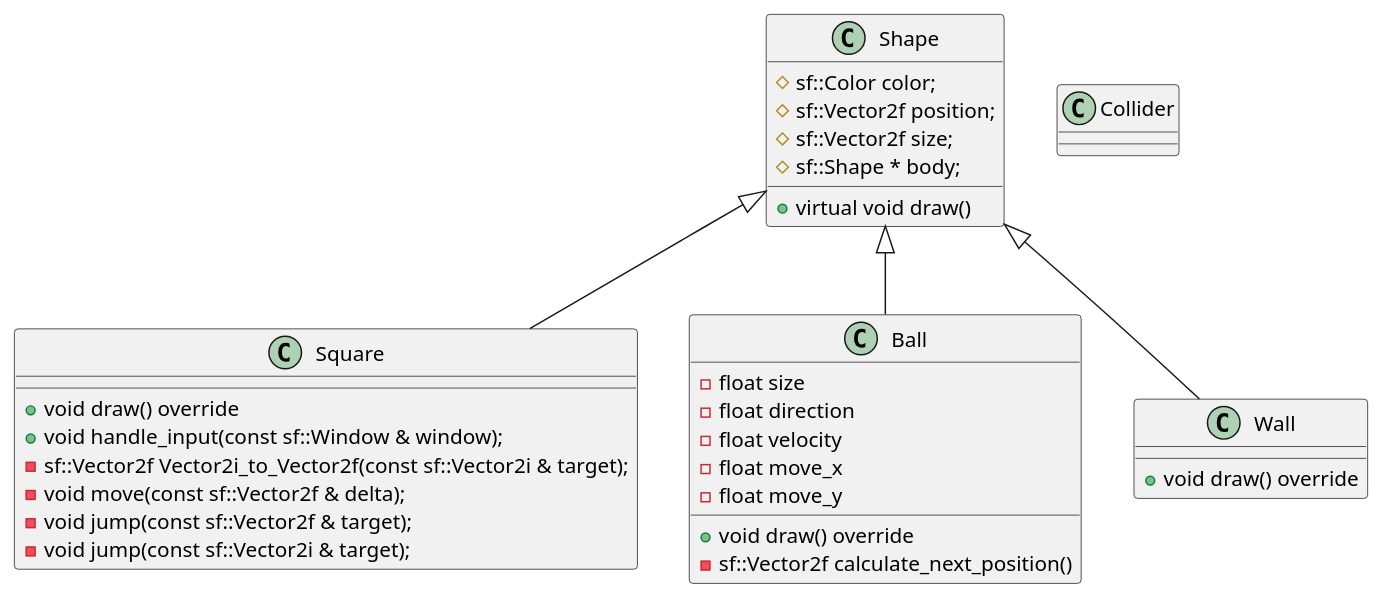
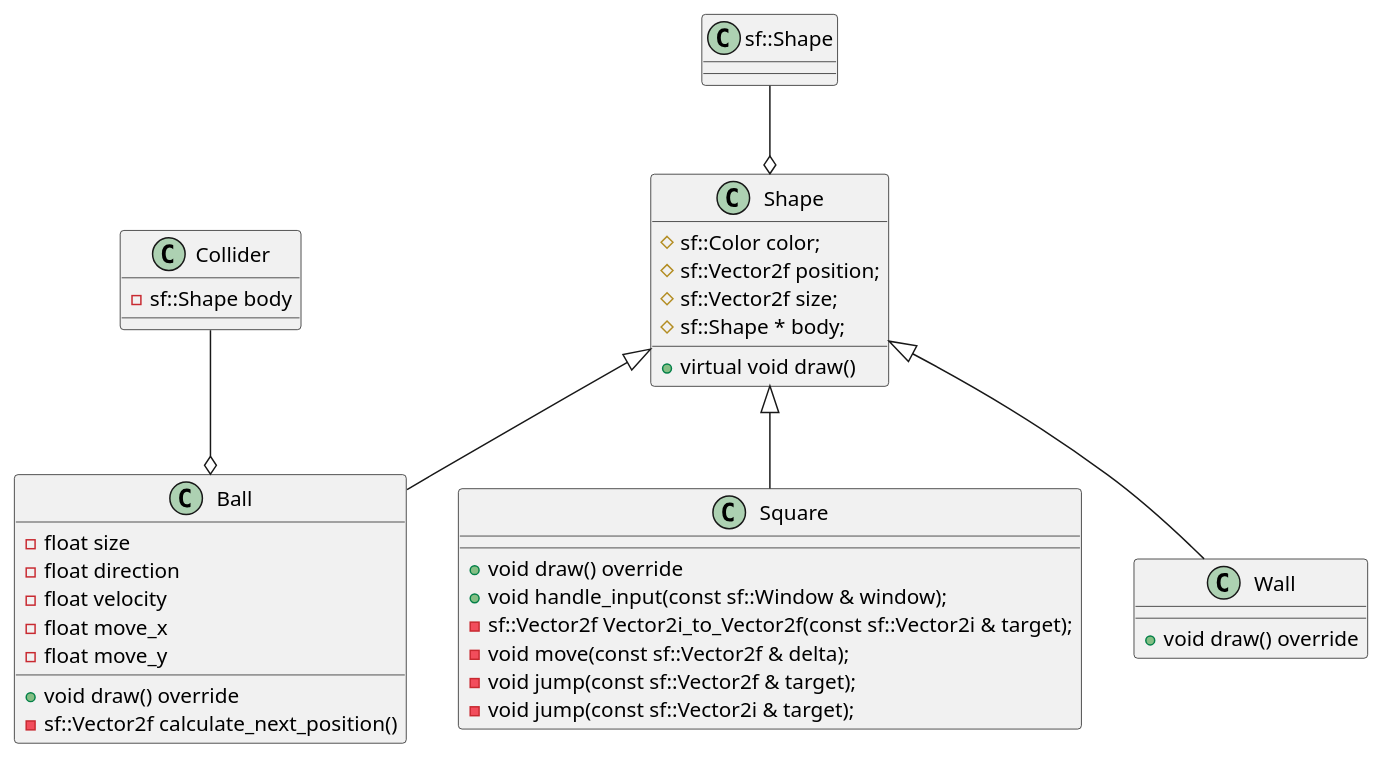
One commit to ramonvermeulen/cplusplus changed the diagram in week1/diagram.plantuml. Above: the diagram before and after it, drawn with PlantUML. The commit also changed 9 other files, not shown here.

```diff
--- a/week1/diagram.plantuml
+++ b/week1/diagram.plantuml
@@ -1,42 +1,47 @@
 @startuml walls_and_bouncing
 
 class Shape {
   # sf::Color color;
   # sf::Vector2f position;
   # sf::Vector2f size;
   # sf::Shape * body;
   + virtual void draw()
 }
 
 class Square {
   + void draw() override
   + void handle_input(const sf::Window & window);
   - sf::Vector2f Vector2i_to_Vector2f(const sf::Vector2i & target);
   - void move(const sf::Vector2f & delta);
   - void jump(const sf::Vector2f & target);
   - void jump(const sf::Vector2i & target);
 }
 
 class Ball {
   - float size
   - float direction
   - float velocity
   - float move_x
   - float move_y
   + void draw() override
   - sf::Vector2f calculate_next_position()
 }
 
 class Wall {
   + void draw() override
 }
 
 class Collider {
+  - sf::Shape body
+}
+
+class sf::Shape {
 
 }
 
 Shape <|-- Square
 Shape <|-- Ball
 Shape <|-- Wall
-
+sf::Shape --o Shape
+Collider --o Ball
 @enduml
```
